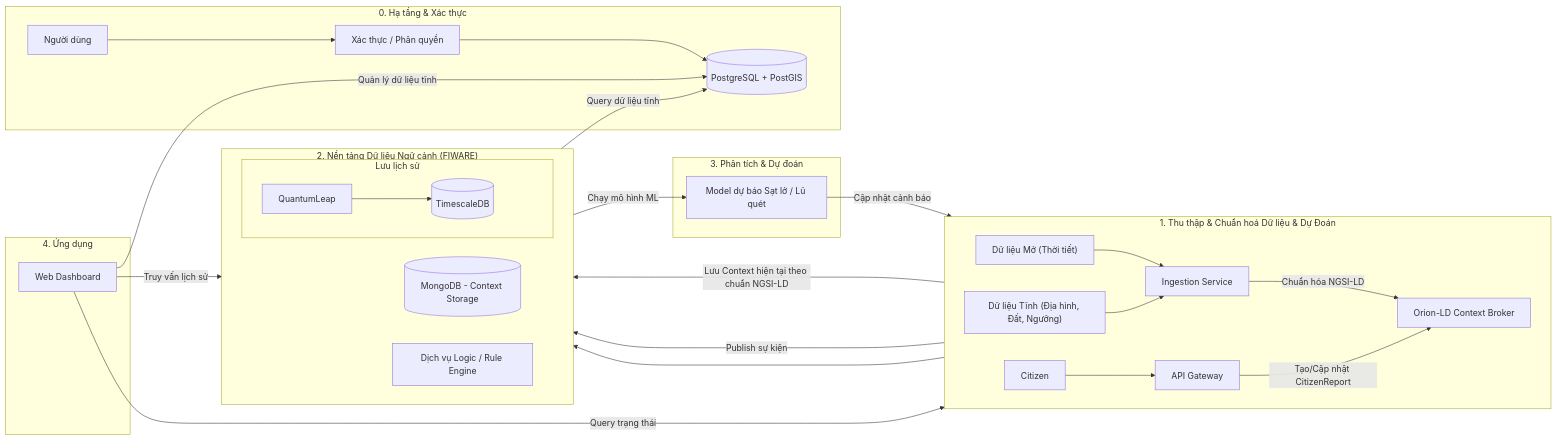
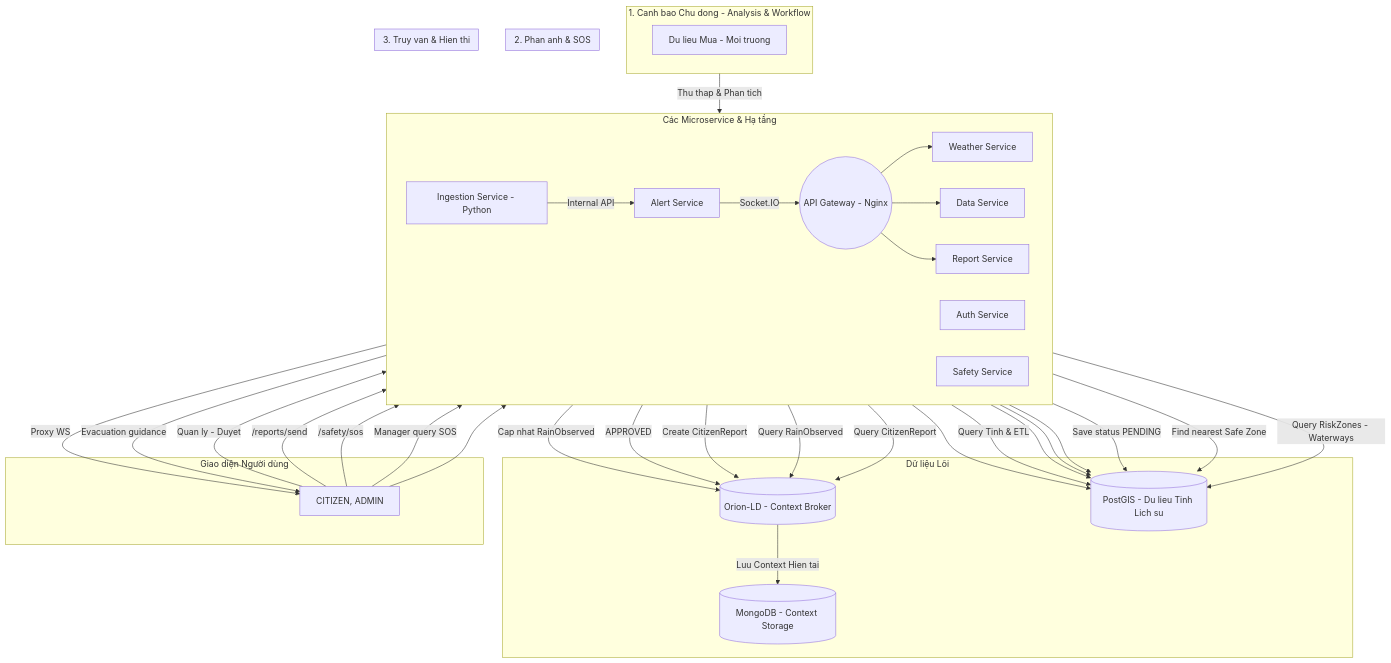
One commit to PhamQuyNam/OLP_2025_PMMNM_HaUI_DNK changed the diagram in README.md. Above: the diagram before and after it, drawn with Mermaid. The commit also changed other lines of this file, not shown here.

Commit message:
docs(config):update README with config .env and flowchart TD

````diff
--- a/README.md
+++ b/README.md
@@ -26,54 +26,84 @@
 ```mermaid
-flowchart LR
-    %% ===== 0. AUTH =====
-    subgraph S0["0. Hạ tầng & Xác thực"]
-        A[Người dùng] --> AUTH[Xác thực / Phân quyền]
-        AUTH --> DBUser[(PostgreSQL + PostGIS)]
+flowchart TD
+
+    %% ===== MICRO SERVICES & HẠ TẦNG =====
+    subgraph Services["Các Microservice & Hạ tầng"]
+        direction LR
+        API_GW((API Gateway - Nginx))
+        AUTH[Auth Service]
+        INGEST[Ingestion Service - Python]
+        ALERT[Alert Service]
+        REPORT[Report Service]
+        SAFETY[Safety Service]
+        WEATHER[Weather Service]
+        DATA[Data Service]
     end
 
-    %% ===== 1. INGESTION =====
-    subgraph S1["1. Thu thập & Chuẩn hoá Dữ liệu & Dự Đoán"]
-        direction LR
-        OpenAPI["Dữ liệu Mở (Thời tiết)"]
-        StaticData["Dữ liệu Tĩnh (Địa hình, Đất, Ngưỡng)"]
-
-        OpenAPI --> INGEST["Ingestion Service"]
-        StaticData --> INGEST
-        Citizen --> API["API Gateway"]
-
-        INGEST -->|"Chuẩn hóa NGSI-LD"| Orion
+    %% ===== STORAGE =====
+    subgraph Storage["Dữ liệu Lõi"]
+        ORION[(Orion-LD - Context Broker)]
+        POSTGIS[(PostGIS - Du lieu Tinh Lich su)]
+        MONGO[(MongoDB - Context Storage)]
     end
 
-    %% ===== 2. CONTEXT CORE =====
-    subgraph S2["2. Nền tảng Dữ liệu Ngữ cảnh (FIWARE)"]
-        direction LR
-        Orion[Orion-LD Context Broker]
-        Mongo[(MongoDB - Context Storage)]
-
-        Orion -->|"Lưu Context hiện tại theo chuẩn NGSI-LD"| Mongo
-        Orion -->|"Publish sự kiện"| Logic["Dịch vụ Logic / Rule Engine"]
-
-        subgraph P["Lưu lịch sử"]
-            Orion --> QL[QuantumLeap]
-            QL --> TS[(TimescaleDB)]
-        end
+    %% ===== CLIENT =====
+    subgraph Clients["Giao diện Người dùng"]
+        FE["CITIZEN, ADMIN"]
     end
 
-    %% ===== 3. BUSINESS  =====
-    subgraph S3["3. Phân tích & Dự đoán"]
-        Logic -->|"Query dữ liệu tĩnh"| DBUser
-        Logic -->|"Chạy mô hình ML"| Model["Model dự báo Sạt lở / Lũ quét"]
-        Model -->|"Cập nhật cảnh báo"| Orion
-        API -->|"Tạo/Cập nhật CitizenReport"| Orion
+    %% ===== KẾT NỐI CƠ BẢN =====
+    AUTH --> POSTGIS
+    INGEST -- Query Tinh & ETL --> POSTGIS
+    ALERT --> POSTGIS
+    SAFETY --> POSTGIS
+    DATA --> POSTGIS
+    ORION -- Luu Context Hien tai --> MONGO
+
+    %% ===== LUỒNG 1: CẢNH BÁO CHỦ ĐỘNG =====
+    subgraph Flow1["1. Canh bao Chu dong - Analysis & Workflow"]
+        direction LR
+
+        APIs["Du lieu Mua - Moi truong"] -->|Thu thap & Phan tich| INGEST
+        INGEST -->|Cap nhat RainObserved| ORION
+        INGEST -->|Internal API| ALERT
+
+        ALERT -->|Save status PENDING| POSTGIS
+        FE -->|Quan ly - Duyet| ALERT
+
+        ALERT -->|APPROVED| ORION
+        ALERT -->|Socket.IO| API_GW
+        API_GW -->|Proxy WS| FE
     end
 
-    %% ===== 4. APPLICATION =====
-    subgraph S4["4. Ứng dụng"]
-        Admin["Web Dashboard"]
+    %% ===== LUỒNG 2: SOS & CROWDSOURCING =====
+    subgraph Flow2["2. Phan anh & SOS"]
+        direction LR
 
-        Admin -->|"Query trạng thái"| Orion
-        Admin -->|"Truy vấn lịch sử"| TS
-        Admin -->|"Quản lý dữ liệu tĩnh"| DBUser
+        FE -->|/reports/send| REPORT
+        REPORT -->|Create CitizenReport| ORION
+
+        FE -->|/safety/sos| SAFETY
+        SAFETY -->|Find nearest Safe Zone| POSTGIS
+        SAFETY -->|Evacuation guidance| FE
+
+        FE -->|Manager query SOS| SAFETY
     end
 
+    %% ===== LUỒNG 3: TRUY VẤN HIỂN THỊ =====
+    subgraph Flow3["3. Truy van & Hien thi"]
+        direction LR
+
+        FE --> API_GW
+
+        API_GW --> WEATHER
+        WEATHER -->|Query RainObserved| ORION
+
+        API_GW --> DATA
+        DATA -->|Query RiskZones - Waterways| POSTGIS
+
+        API_GW --> REPORT
+        REPORT -->|Query CitizenReport| ORION
+    end
+
+
 ```
````
